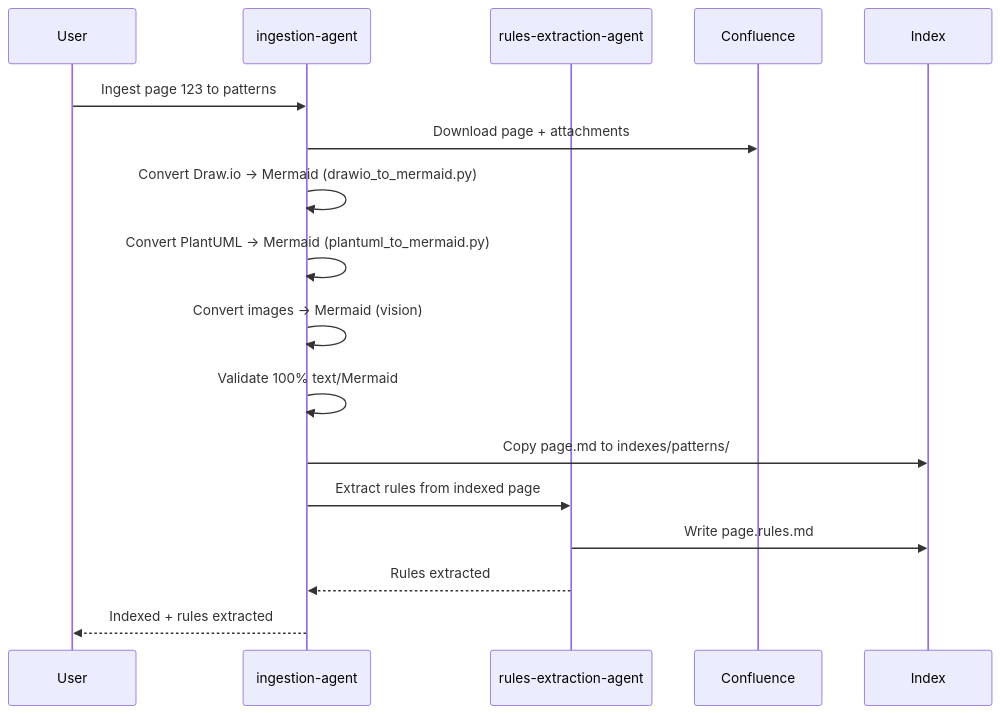
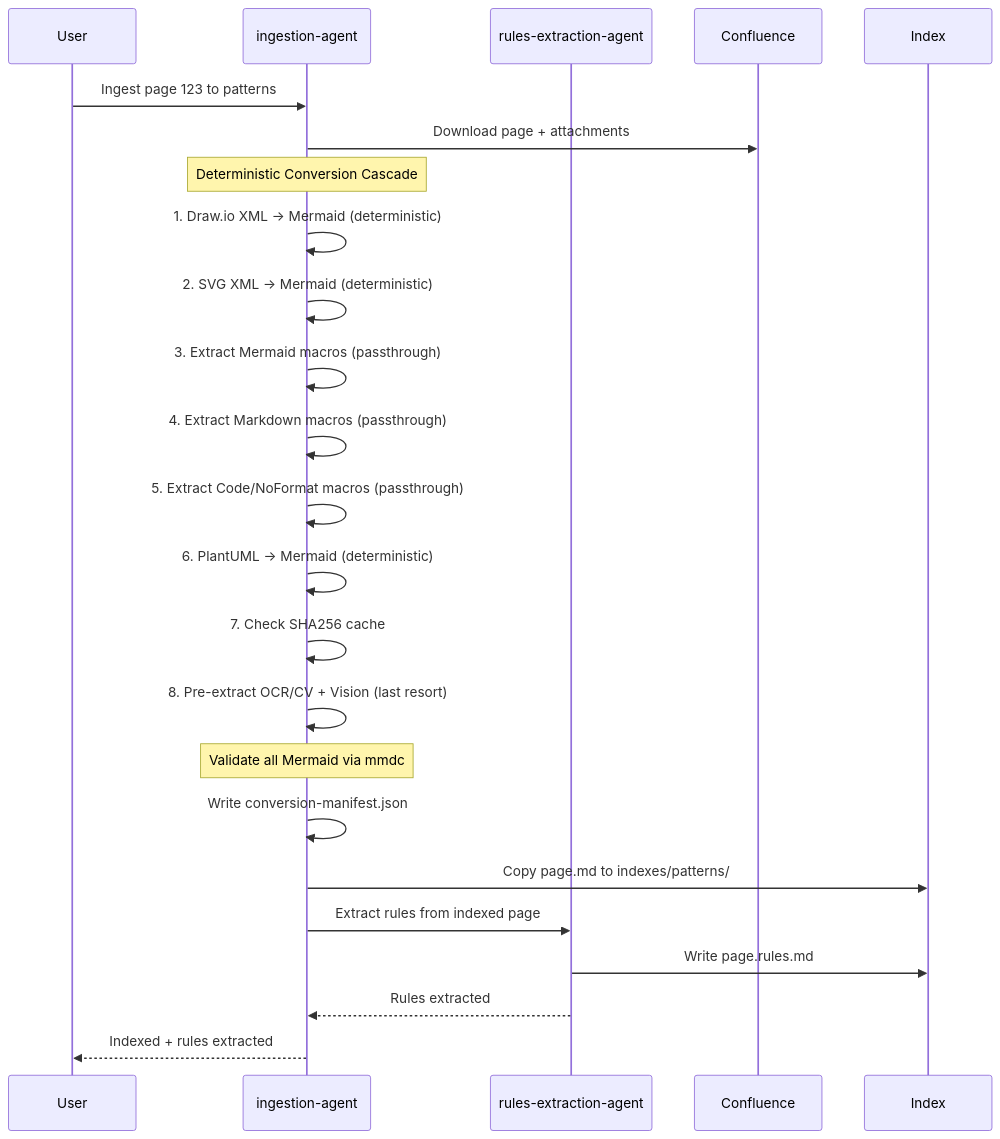
One commit to byrash/architecture-governance changed the second of 4 diagrams in README.md. Above: the diagram before and after it, drawn with Mermaid. The commit also changed other lines of this file and 12 other files, not shown here.

Commit message:
Introduce tessract + opencv + svg to mermaid to increase chances of being more deterministic

````diff
--- a/README.md
+++ b/README.md
@@ -236,20 +258,29 @@
 ```mermaid
 sequenceDiagram
     participant User
     participant IA as ingestion-agent
     participant REA as rules-extraction-agent
     participant Confluence
     participant Index
 
     User->>IA: Ingest page 123 to patterns
     IA->>Confluence: Download page + attachments
-    IA->>IA: Convert Draw.io → Mermaid (drawio_to_mermaid.py)
-    IA->>IA: Convert PlantUML → Mermaid (plantuml_to_mermaid.py)
-    IA->>IA: Convert images → Mermaid (vision)
-    IA->>IA: Validate 100% text/Mermaid
+
+    Note over IA: Deterministic Conversion Cascade
+    IA->>IA: 1. Draw.io XML → Mermaid (deterministic)
+    IA->>IA: 2. SVG XML → Mermaid (deterministic)
+    IA->>IA: 3. Extract Mermaid macros (passthrough)
+    IA->>IA: 4. Extract Markdown macros (passthrough)
+    IA->>IA: 5. Extract Code/NoFormat macros (passthrough)
+    IA->>IA: 6. PlantUML → Mermaid (deterministic)
+    IA->>IA: 7. Check SHA256 cache
+    IA->>IA: 8. Pre-extract OCR/CV + Vision (last resort)
+
+    Note over IA: Validate all Mermaid via mmdc
+    IA->>IA: Write conversion-manifest.json
     IA->>Index: Copy page.md to indexes/patterns/
     IA->>REA: Extract rules from indexed page
     REA->>Index: Write page.rules.md
     REA-->>IA: Rules extracted
     IA-->>User: Indexed + rules extracted
 ```
````
